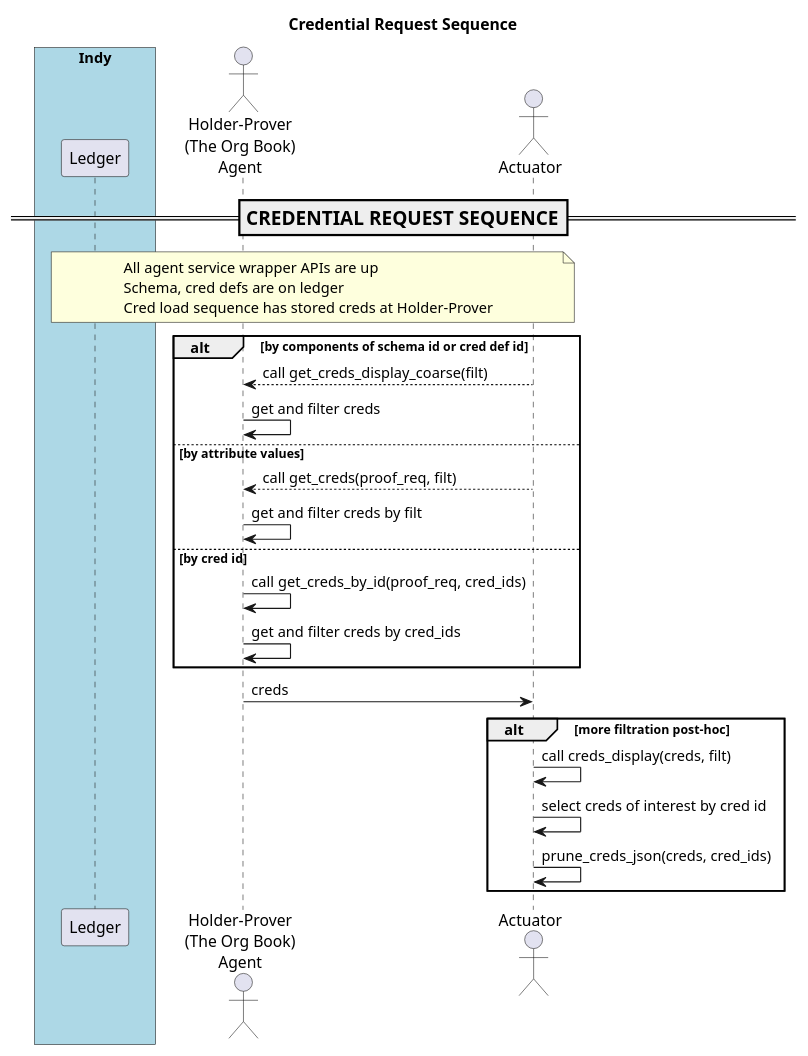
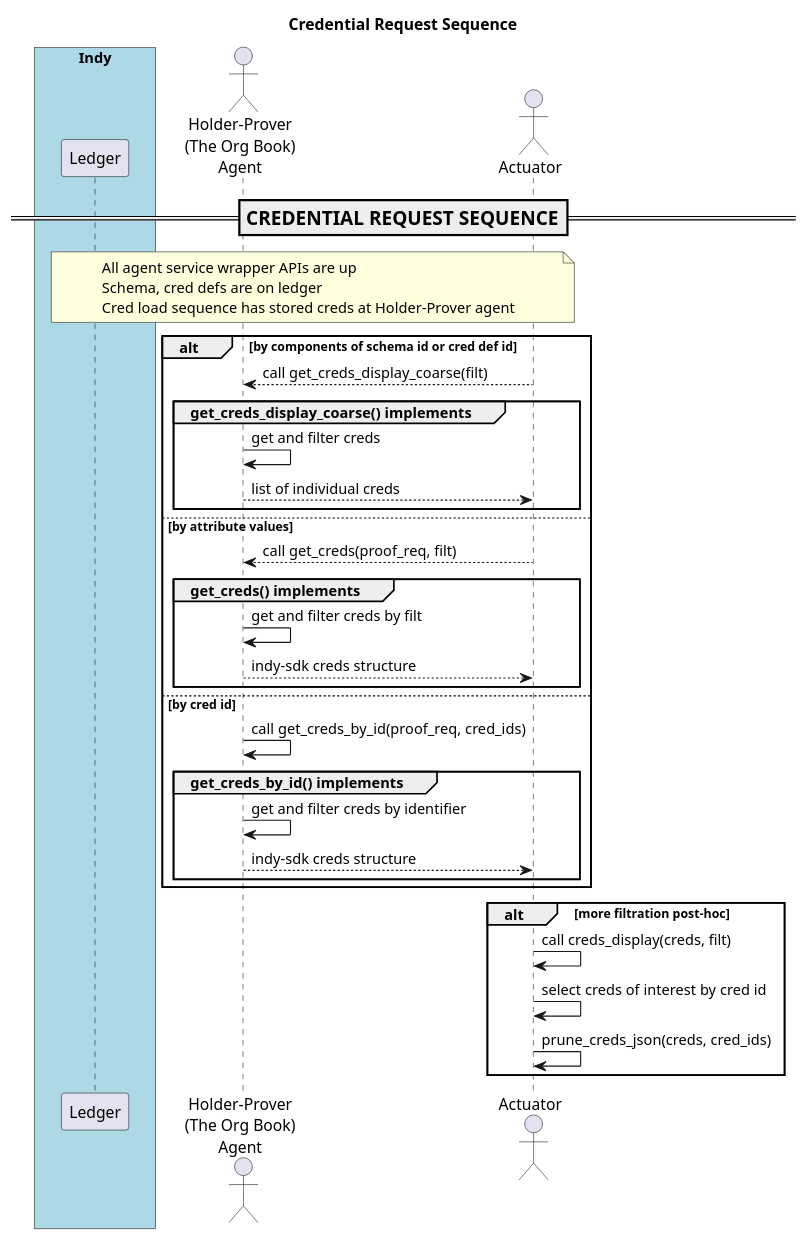
The diagram in doc/pic/src/cred-request.puml (PSPC-SPAC-buyandsell/von_base), drawn with PlantUML before and after one commit. The commit also changed 25 other files, not shown here.

```diff
--- a/doc/pic/src/cred-request.puml
+++ b/doc/pic/src/cred-request.puml
@@ -1,54 +1,62 @@
 @startuml
 /'
 Copyright 2017-2018 Government of Canada - Public Services and Procurement Canada - buyandsell.gc.ca
 
 Licensed under the Apache License, Version 2.0 (the "License");
 you may not use this file except in compliance with the License.
 You may obtain a copy of the License at
 
 http://www.apache.org/licenses/LICENSE-2.0
 
 Unless required by applicable law or agreed to in writing, software
 distributed under the License is distributed on an "AS IS" BASIS,
 WITHOUT WARRANTIES OR CONDITIONS OF ANY KIND, either express or implied.
 See the License for the specific language governing permissions and
 limitations under the License.
 '/
 
 skinparam ParticipantPadding 20
 skinparam BoxPadding 20
 
 title Credential Request Sequence
 
 box "Indy" #LightBlue
     participant "Ledger" as ledger
 endbox
 
 actor "Holder-Prover\n(The Org Book)\nAgent" as obag
 actor "Actuator" as ator
 
 === CREDENTIAL REQUEST SEQUENCE ==
 note over ledger, ator
 All agent service wrapper APIs are up
 Schema, cred defs are on ledger
-Cred load sequence has stored creds at Holder-Prover
+Cred load sequence has stored creds at Holder-Prover agent
 endnote
 
 alt by components of schema id or cred def id
     ator --> obag: call get_creds_display_coarse(filt)
-    obag -> obag: get and filter creds
+    group get_creds_display_coarse() implements
+        obag -> obag: get and filter creds
+        obag --> ator: list of individual creds
+    end
 else by attribute values
     ator --> obag: call get_creds(proof_req, filt)
-    obag -> obag: get and filter creds by filt
+    group get_creds() implements
+        obag -> obag: get and filter creds by filt
+        obag --> ator: indy-sdk creds structure
+    end
 else by cred id
     obag -> obag: call get_creds_by_id(proof_req, cred_ids)
-    obag -> obag: get and filter creds by cred_ids
+    group get_creds_by_id() implements
+        obag -> obag: get and filter creds by identifier
+        obag --> ator: indy-sdk creds structure
+    end
 end
-obag -> ator: creds
 
 alt more filtration post-hoc
     ator -> ator: call creds_display(creds, filt)
     ator -> ator: select creds of interest by cred id
     ator -> ator: prune_creds_json(creds, cred_ids)
 end
 @enduml
```
